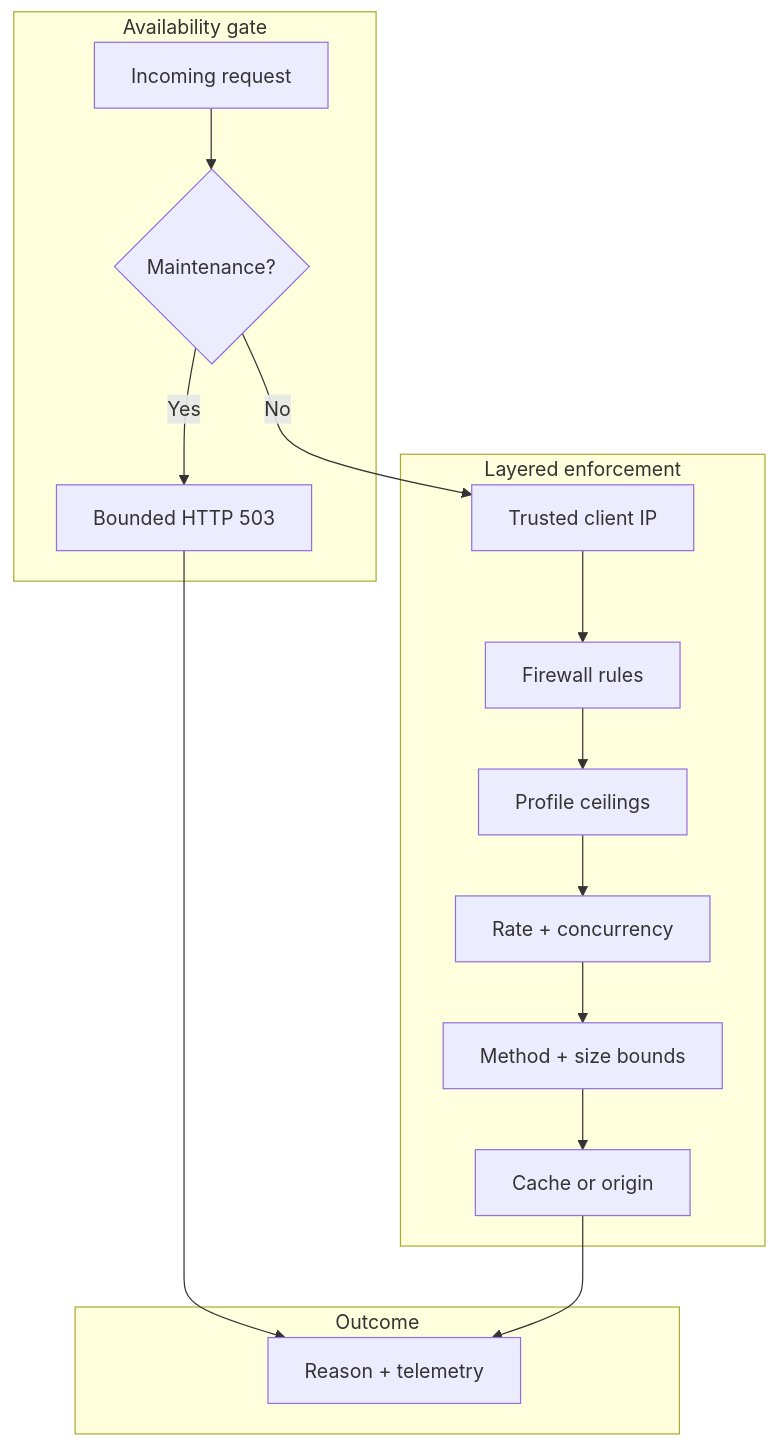
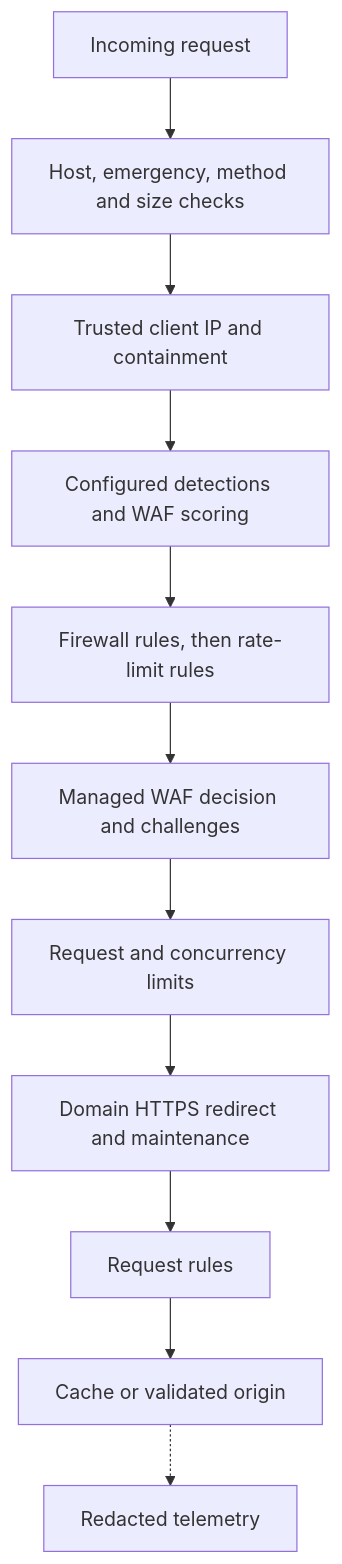
Before and after one commit to vaheed/CDNFoundry: the diagram in docs/guides/security.md, drawn with Mermaid. The commit also changed other lines of this file and 6 other files, not shown here.

````diff
--- a/docs/guides/security.md
+++ b/docs/guides/security.md
@@ -17,16 +17,13 @@
 ```mermaid
 flowchart TD
-    subgraph Gate["Availability gate"]
-      Request["Incoming request"] --> Maintenance{"Maintenance?"}
-      Maintenance -- Yes --> Response["Bounded HTTP 503"]
-    end
-    subgraph Enforce["Layered enforcement"]
-      Maintenance -- No --> Client["Trusted client IP"] --> Rules["Firewall rules"]
-      Rules --> Profile["Profile ceilings"] --> Limits["Rate + concurrency"]
-      Limits --> Method["Method + size bounds"] --> Serve["Cache or origin"]
-    end
-    subgraph Observe["Outcome"]
-      Response --> Event["Reason + telemetry"]
-      Serve --> Event
-    end
+    Request["Incoming request"] --> Bounds["Host, emergency, method and size checks"]
+    Bounds --> Client["Trusted client IP and containment"]
+    Client --> Detect["Configured detections and WAF scoring"]
+    Detect --> Rules["Firewall rules, then rate-limit rules"]
+    Rules --> WAF["Managed WAF decision and challenges"]
+    WAF --> Limits["Request and concurrency limits"]
+    Limits --> Domain["Domain HTTPS redirect and maintenance"]
+    Domain --> RequestRules["Request rules"]
+    RequestRules --> Serve["Cache or validated origin"]
+    Serve -.-> Event["Redacted telemetry"]
 ```
````
